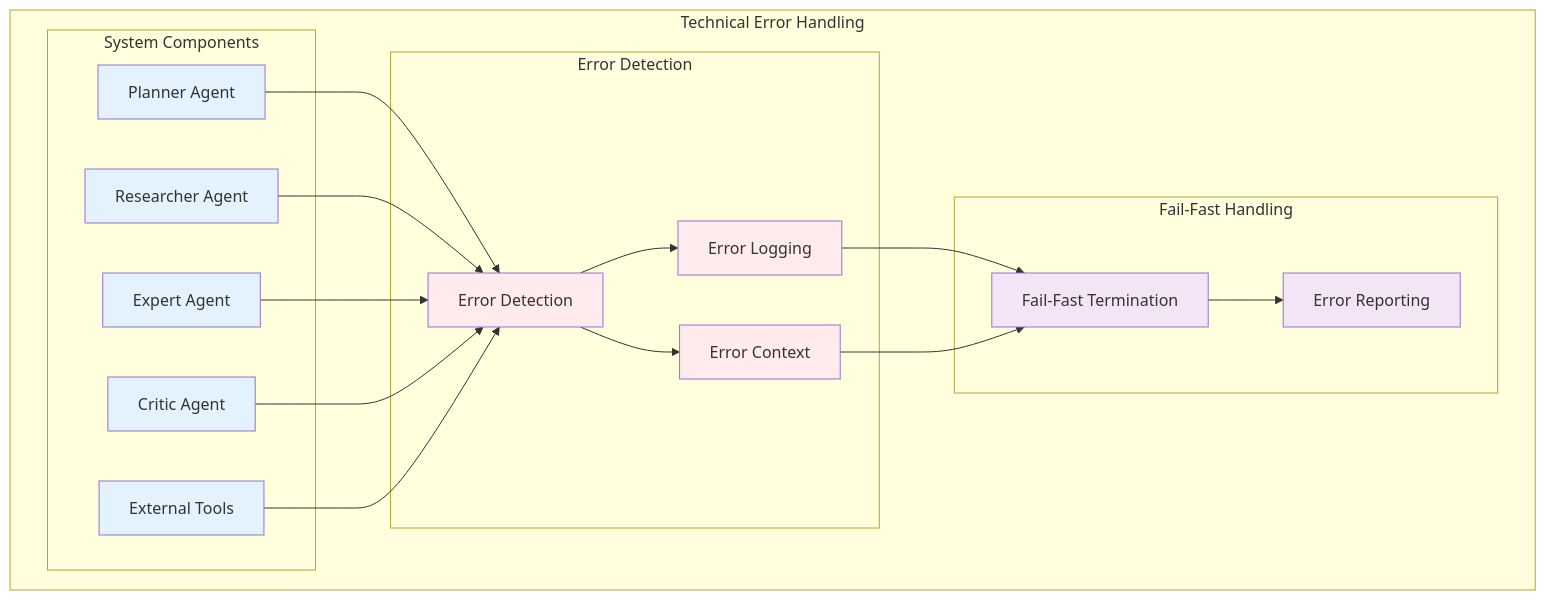
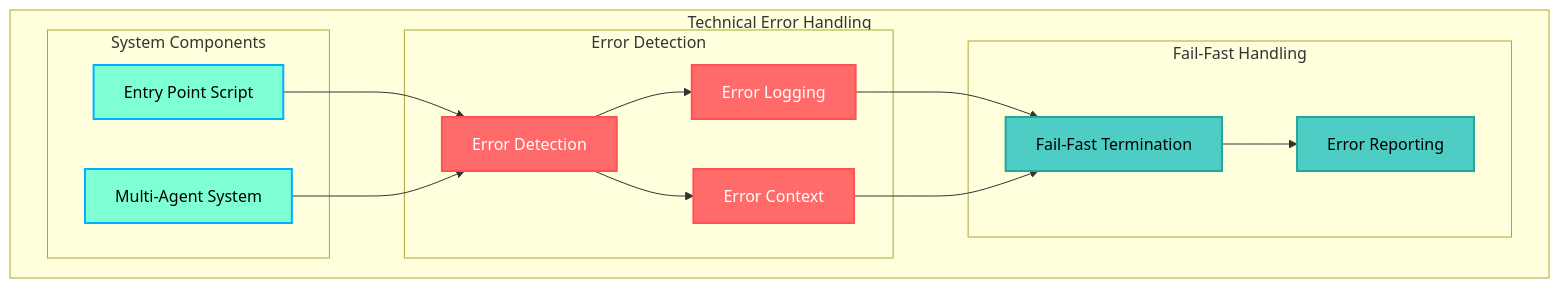
Before and after one commit to jdsham/hf-ai-agents-course: the ninth of 11 diagrams in docs/src2/ARCHITECTURE.md, drawn with Mermaid. The commit also changed other lines of this file, not shown here.

Commit message:
Updated source code architectrure document. Another major round of edits for diagrams, section 7 and 8.

````diff
--- a/docs/src2/ARCHITECTURE.md
+++ b/docs/src2/ARCHITECTURE.md
@@ -1968,43 +1988,38 @@
 ```mermaid
 graph TB
     subgraph "Technical Error Handling"
-        subgraph "System Components"
-            P[Planner Agent]
-            R[Researcher Agent]
-            E[Expert Agent]
-            C[Critic Agent]
-            Tools[External Tools]
-        end
+            subgraph "System Components"
+        EntryPoint[Entry Point Script]
+        MultiAgentSystem[Multi-Agent System]
+    end
         
         subgraph "Error Detection"
             ErrorDetect[Error Detection]
             ErrorLog[Error Logging]
             ErrorContext[Error Context]
         end
         
         subgraph "Fail-Fast Handling"
             FailFast[Fail-Fast Termination]
             ErrorReport[Error Reporting]
         end
     end
     
-    P --> ErrorDetect
-    R --> ErrorDetect
-    E --> ErrorDetect
-    C --> ErrorDetect
-    Tools --> ErrorDetect
+    EntryPoint --> ErrorDetect
+    MultiAgentSystem --> ErrorDetect
     
     ErrorDetect --> ErrorLog
     ErrorDetect --> ErrorContext
     ErrorLog --> FailFast
     ErrorContext --> FailFast
     FailFast --> ErrorReport
     
-    classDef component fill:#e3f2fd
-    classDef error fill:#ffebee
-    classDef handling fill:#f3e5f5
+    %% Styling - Oceanic/Dark Theme Friendly
+    classDef component fill:#7FFFD4,stroke:#00B0FF,stroke-width:2px,color:#000000
+    classDef error fill:#FF6B6B,stroke:#FF5252,stroke-width:2px,color:#ffffff
+    classDef handling fill:#4ECDC4,stroke:#26A69A,stroke-width:2px,color:#000000
     
-    class P,R,E,C,Tools component
+    class EntryPoint,MultiAgentSystem component
     class ErrorDetect,ErrorLog,ErrorContext error
     class FailFast,ErrorReport handling
 ```
````
